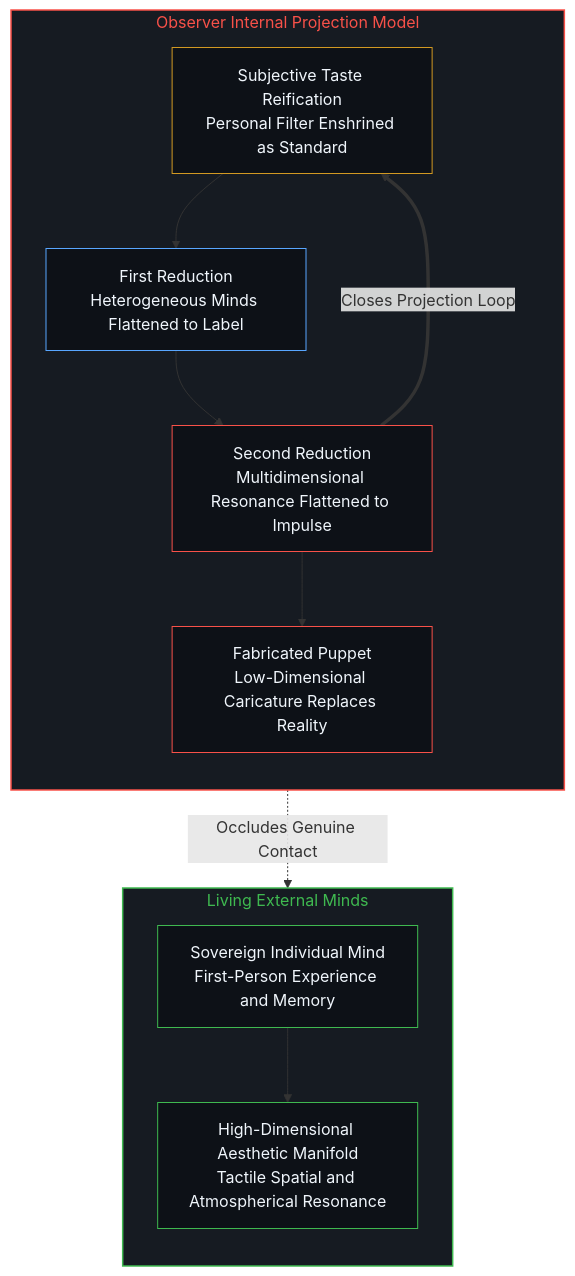
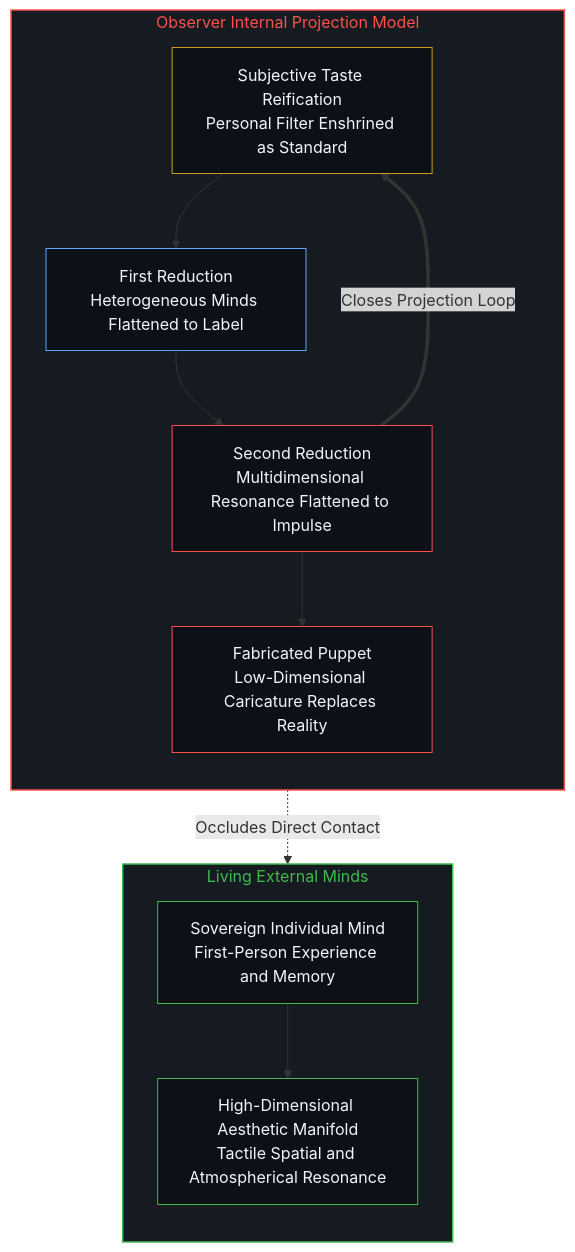
One commit to powerpig99/not-a-toe changed the second of 8 diagrams in content/posts/the-self-portrait-in-the-projection.md. Above: the diagram before and after it, drawn with Mermaid. The commit also changed other lines of this file and 7 other files, not shown here.

````diff
--- a/content/posts/the-self-portrait-in-the-projection.md
+++ b/content/posts/the-self-portrait-in-the-projection.md
@@ -43,27 +43,27 @@
 ```mermaid
 flowchart TD
   subgraph S_OBS["Observer Internal Projection Model"]
     direction TB
     O_SELF["Subjective Taste Reification<br/>Personal Filter Enshrined as Standard"]
     O_FLAT1["First Reduction<br/>Heterogeneous Minds Flattened to Label"]
     O_FLAT2["Second Reduction<br/>Multidimensional Resonance Flattened to Impulse"]
     O_PUPPET["Fabricated Puppet<br/>Low-Dimensional Caricature Replaces Reality"]
   end
   subgraph S_REAL["Living External Minds"]
     direction TB
     R_MIND["Sovereign Individual Mind<br/>First-Person Experience and Memory"]
     R_PERC["High-Dimensional Aesthetic Manifold<br/>Tactile Spatial and Atmospherical Resonance"]
   end
   O_SELF --> O_FLAT1 --> O_FLAT2 --> O_PUPPET
   R_MIND --> R_PERC
-  O_PUPPET -.->|"Occludes Genuine Contact"| R_MIND
+  O_PUPPET -.->|"Occludes Direct Contact"| R_MIND
   O_FLAT2 ==>|"Closes Projection Loop"| O_SELF
   style S_OBS fill:#161b22,stroke:#f85149,stroke-width:1.5px,color:#f85149
   style S_REAL fill:#161b22,stroke:#3fb950,stroke-width:1.5px,color:#3fb950
   style O_SELF fill:#0d1117,stroke:#d29922,stroke-width:1px,color:#f0f6fc
   style O_FLAT1 fill:#0d1117,stroke:#58a6ff,stroke-width:1px,color:#f0f6fc
   style O_FLAT2 fill:#0d1117,stroke:#f85149,stroke-width:1px,color:#f0f6fc
   style O_PUPPET fill:#0d1117,stroke:#f85149,stroke-width:1px,color:#f0f6fc
   style R_MIND fill:#0d1117,stroke:#3fb950,stroke-width:1px,color:#f0f6fc
   style R_PERC fill:#0d1117,stroke:#3fb950,stroke-width:1px,color:#f0f6fc
 ```
````
